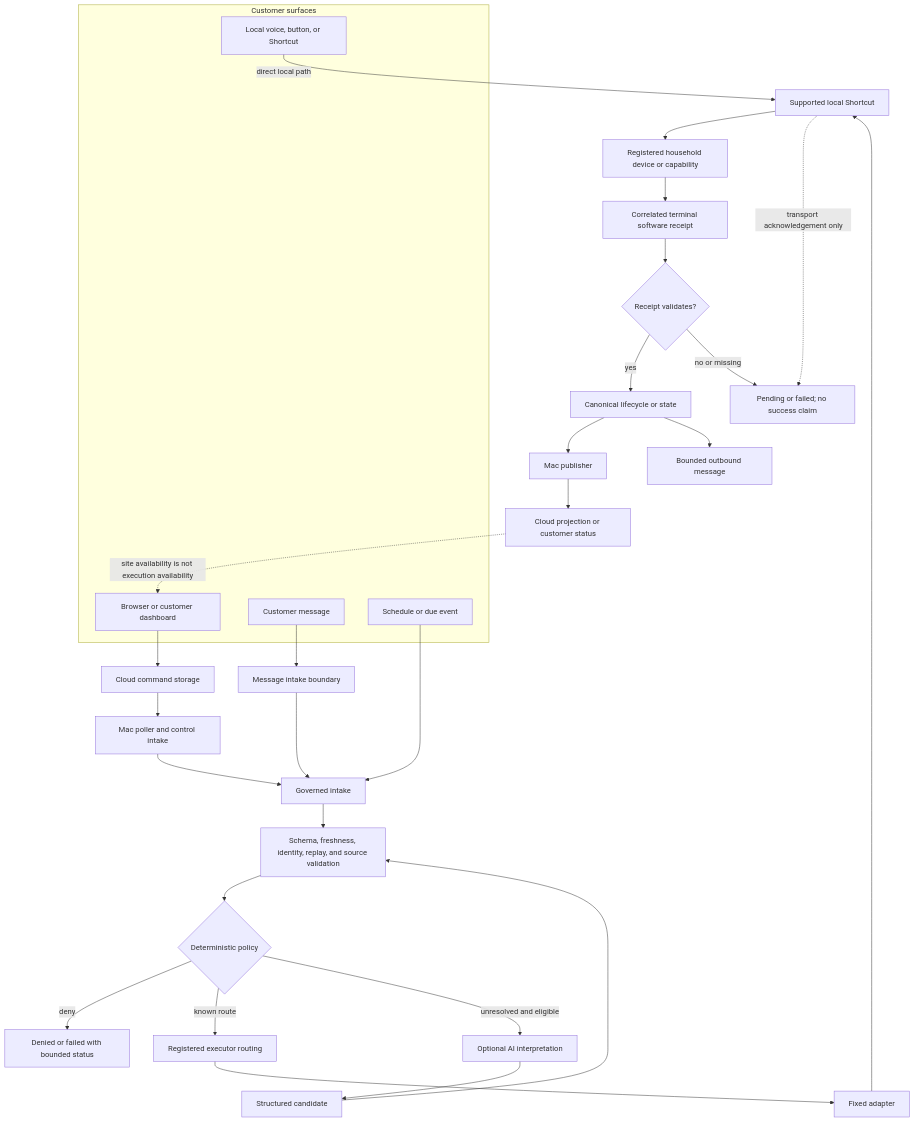
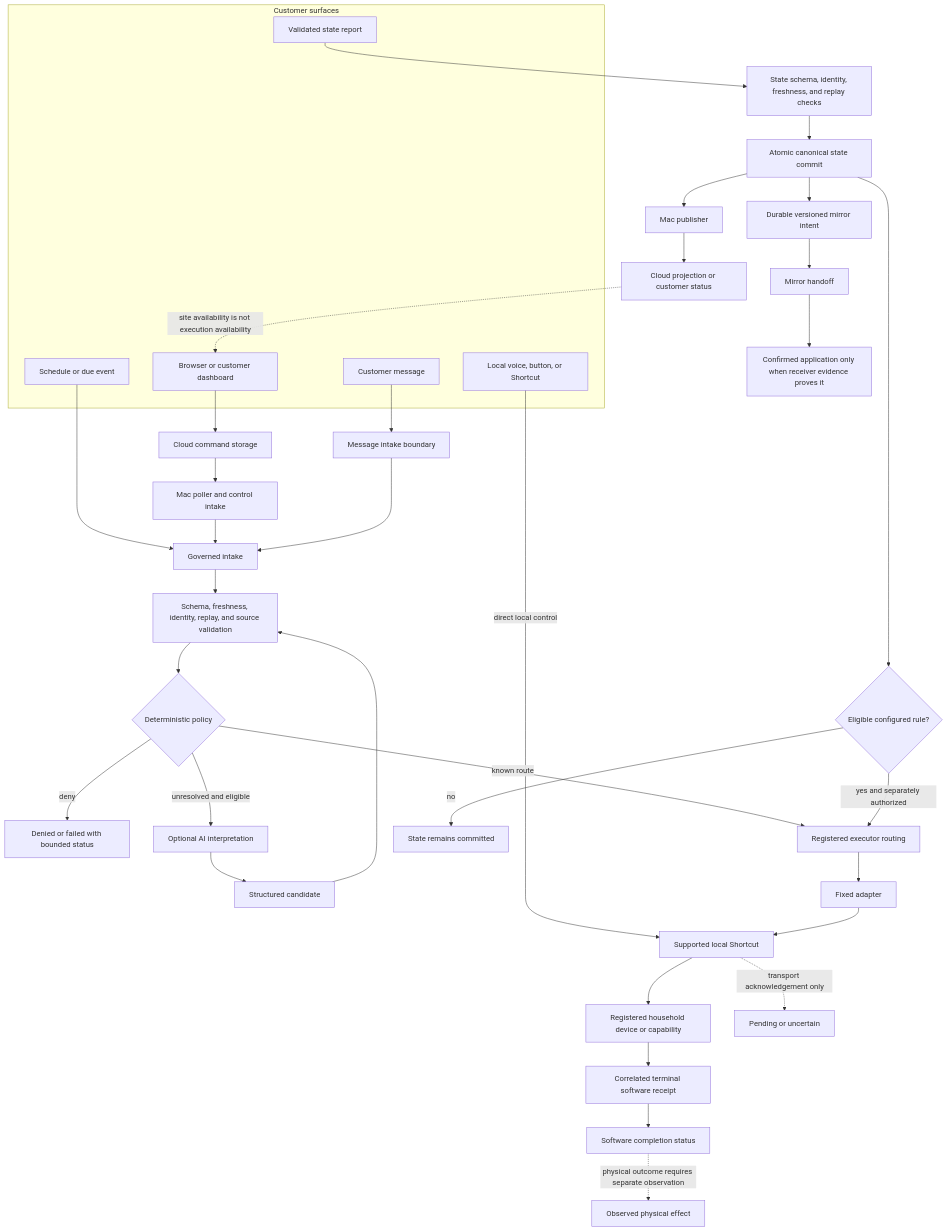
One commit to sidneyjacksoniii/Geoffrey-Runtime changed the diagram in docs/jackson-west/architecture.md. Above: the diagram before and after it, drawn with Mermaid. The commit also changed other lines of this file, not shown here.

Commit message:
docs: separate state commits from action evidence

````diff
--- a/docs/jackson-west/architecture.md
+++ b/docs/jackson-west/architecture.md
@@ -22,39 +22,46 @@
 ```mermaid
 flowchart TB
   subgraph Customer[Customer surfaces]
     Local[Local voice, button, or Shortcut]
     Web[Browser or customer dashboard]
     Msg[Customer message]
     Sched[Schedule or due event]
+    Report[Validated state report]
   end
 
-  Local -->|direct local path| Shortcut[Supported local Shortcut]
+  Local -->|direct local control| Shortcut[Supported local Shortcut]
   Web --> Cloud[Cloud command storage]
   Cloud --> Poller[Mac poller and control intake]
   Msg --> Gateway[Message intake boundary]
   Sched --> Intake[Governed intake]
   Poller --> Intake
   Gateway --> Intake
 
   Intake --> Validate[Schema, freshness, identity, replay, and source validation]
   Validate --> Policy{Deterministic policy}
   Policy -->|deny| Denied[Denied or failed with bounded status]
   Policy -->|known route| Router[Registered executor routing]
   Policy -->|unresolved and eligible| AI[Optional AI interpretation]
   AI --> Candidate[Structured candidate]
   Candidate --> Validate
-
   Router --> Adapter[Fixed adapter]
   Adapter --> Shortcut
   Shortcut --> Device[Registered household device or capability]
   Device --> Receipt[Correlated terminal software receipt]
-  Receipt --> ReceiptCheck{Receipt validates?}
-  ReceiptCheck -->|yes| State[Canonical lifecycle or state]
-  ReceiptCheck -->|no or missing| Pending[Pending or failed; no success claim]
-  State --> Publisher[Mac publisher]
+  Receipt --> ActionStatus[Software completion status]
+  Shortcut -. transport acknowledgement only .-> Pending[Pending or uncertain]
+
+  Report --> StateValidate[State schema, identity, freshness, and replay checks]
+  StateValidate --> Commit[Atomic canonical state commit]
+  Commit --> MirrorIntent[Durable versioned mirror intent]
+  MirrorIntent --> MirrorHandoff[Mirror handoff]
+  MirrorHandoff --> Applied[Confirmed application only when receiver evidence proves it]
+  Commit --> Rule{Eligible configured rule?}
+  Rule -->|no| StateOnly[State remains committed]
+  Rule -->|yes and separately authorized| Router
+
+  Commit --> Publisher[Mac publisher]
   Publisher --> Projection[Cloud projection or customer status]
-  State --> Outbound[Bounded outbound message]
-
-  Shortcut -. transport acknowledgement only .-> Pending
+  ActionStatus -. physical outcome requires separate observation .-> Physical[Observed physical effect]
   Projection -. site availability is not execution availability .-> Web
 ```
````
